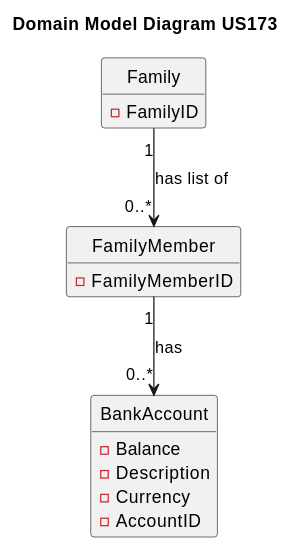
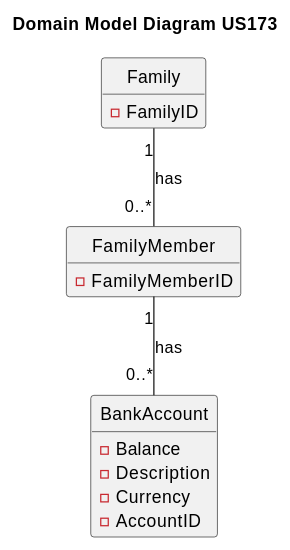
One commit to tomas-osswald/switch_2020_g3 changed the second of 5 diagrams in docs/sprint2/user_stories/US171_AddBankAccount.md. Above: the diagram before and after it, drawn with PlantUML. The commit also changed other lines of this file, not shown here.

````diff
--- a/docs/sprint2/user_stories/US171_AddBankAccount.md
+++ b/docs/sprint2/user_stories/US171_AddBankAccount.md
@@ -76,23 +75,23 @@
 ```puml
 hide empty members
 hide circle
 title Domain Model Diagram US173
 
 class Family {
 - FamilyID
 }
 
 class FamilyMember {
 - FamilyMemberID
 }
 
 class BankAccount {
 - Balance
 - Description
 - Currency
 - AccountID 
 }
 
-Family "1" -down-> "0..*" FamilyMember : has list of 
-FamilyMember "1" -down-> "0..*" BankAccount  : has 
+Family "1" -down- "0..*" FamilyMember : has 
+FamilyMember "1" -down- "0..*" BankAccount  : has 
 ```
````
